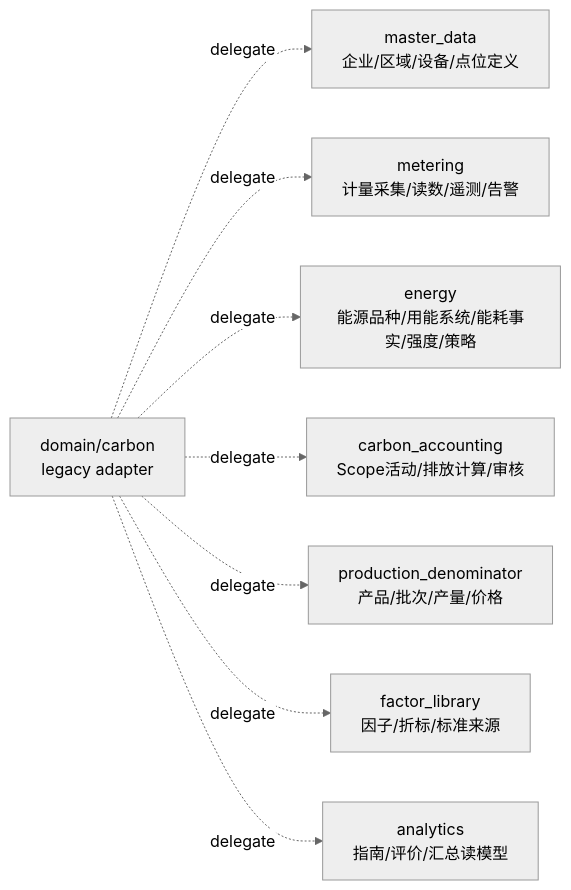
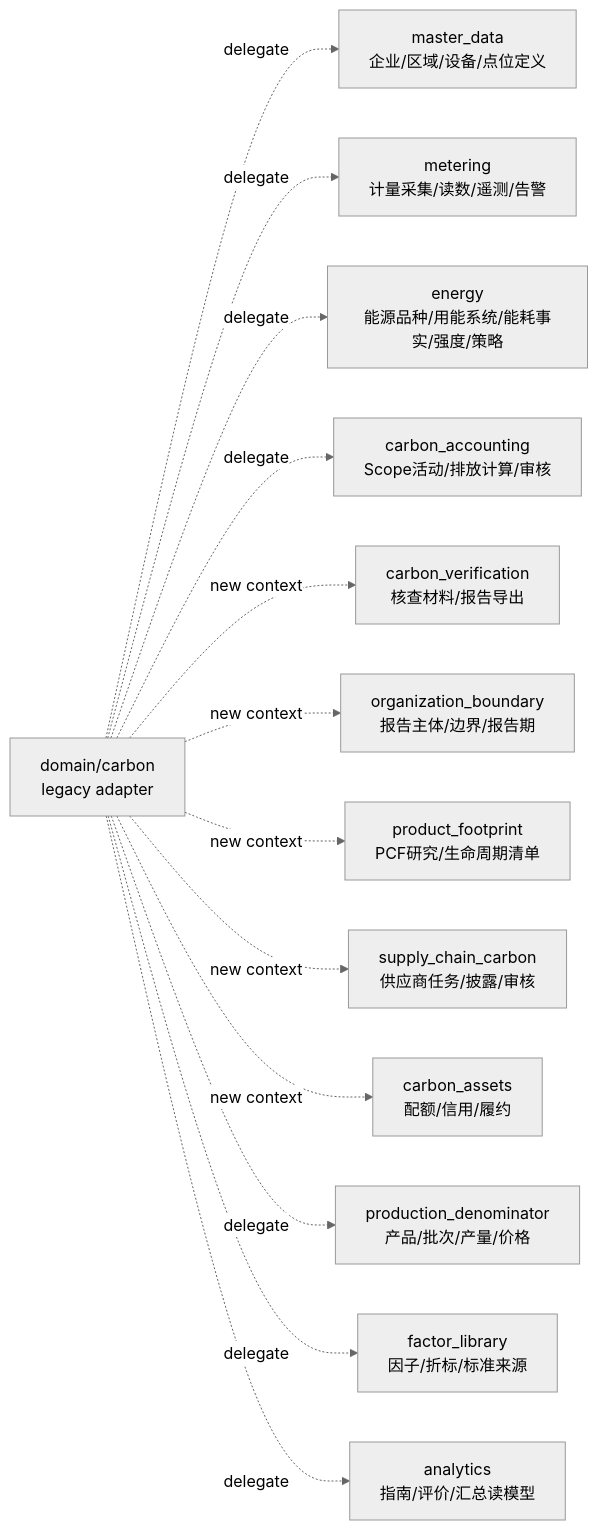
Before and after one commit to EzioHelios/project: the first of 3 diagrams in docs/评价方案/现有数据到DDD领域映射与改造方案.md, drawn with Mermaid (neutral theme). The commit also changed other lines of this file and 32 other files, not shown here.

Commit message:
feat: add carbon verification and organization boundary

````diff
--- a/docs/评价方案/现有数据到DDD领域映射与改造方案.md
+++ b/docs/评价方案/现有数据到DDD领域映射与改造方案.md
@@ -15,19 +15,29 @@
 ```mermaid
 flowchart LR
     Legacy["domain/carbon<br/>legacy adapter"]
     MD["master_data<br/>企业/区域/设备/点位定义"]
     MTR["metering<br/>计量采集/读数/遥测/告警"]
     ENG["energy<br/>能源品种/用能系统/能耗事实/强度/策略"]
     CA["carbon_accounting<br/>Scope活动/排放计算/审核"]
+    CV["carbon_verification<br/>核查材料/报告导出"]
+    OB["organization_boundary<br/>报告主体/边界/报告期"]
+    PF["product_footprint<br/>PCF研究/生命周期清单"]
+    SC["supply_chain_carbon<br/>供应商任务/披露/审核"]
+    ASSET["carbon_assets<br/>配额/信用/履约"]
     PD["production_denominator<br/>产品/批次/产量/价格"]
     FL["factor_library<br/>因子/折标/标准来源"]
     AN["analytics<br/>指南/评价/汇总读模型"]
 
     Legacy -. "delegate" .-> MD
     Legacy -. "delegate" .-> MTR
     Legacy -. "delegate" .-> ENG
     Legacy -. "delegate" .-> CA
+    Legacy -. "new context" .-> CV
+    Legacy -. "new context" .-> OB
+    Legacy -. "new context" .-> PF
+    Legacy -. "new context" .-> SC
+    Legacy -. "new context" .-> ASSET
     Legacy -. "delegate" .-> PD
     Legacy -. "delegate" .-> FL
     Legacy -. "delegate" .-> AN
 ```
````
